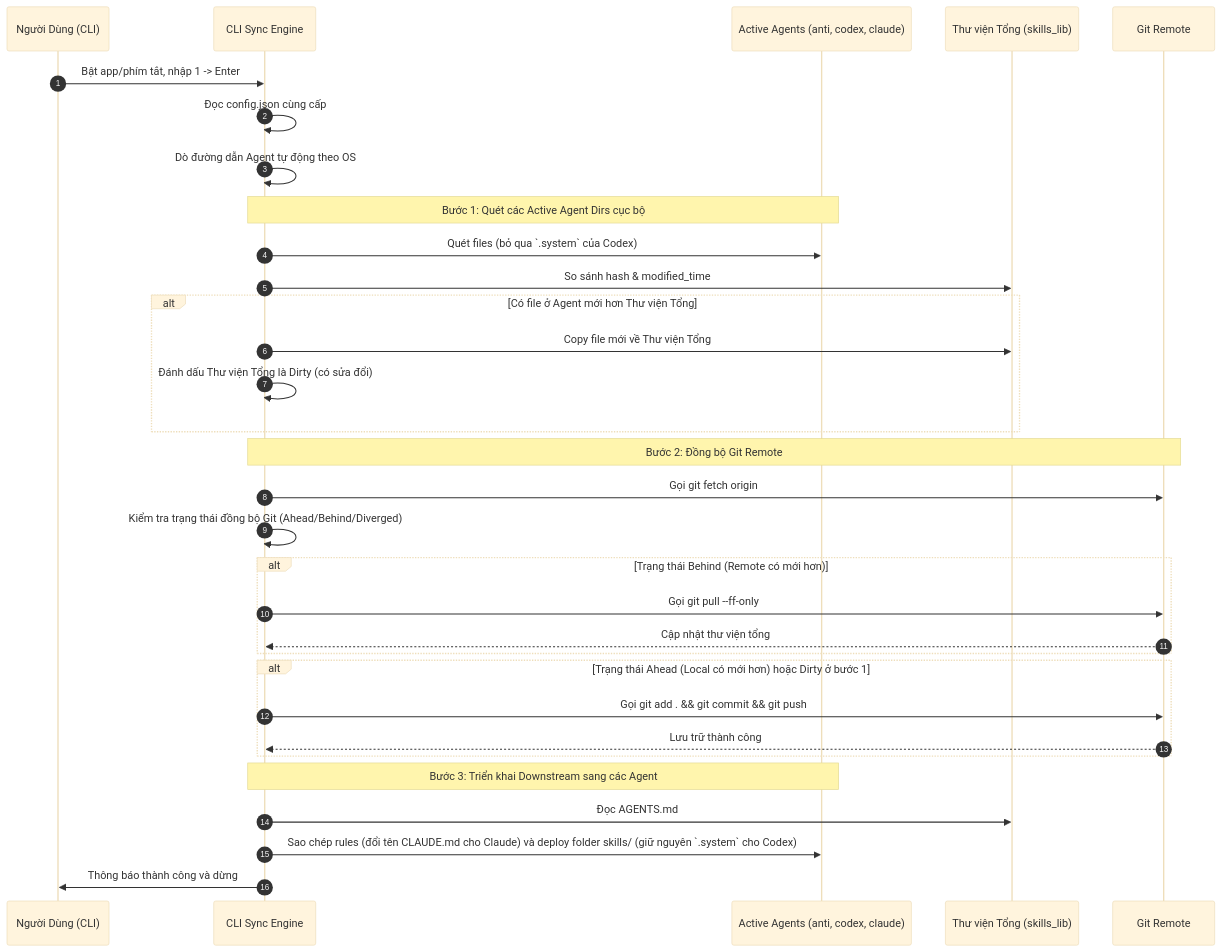
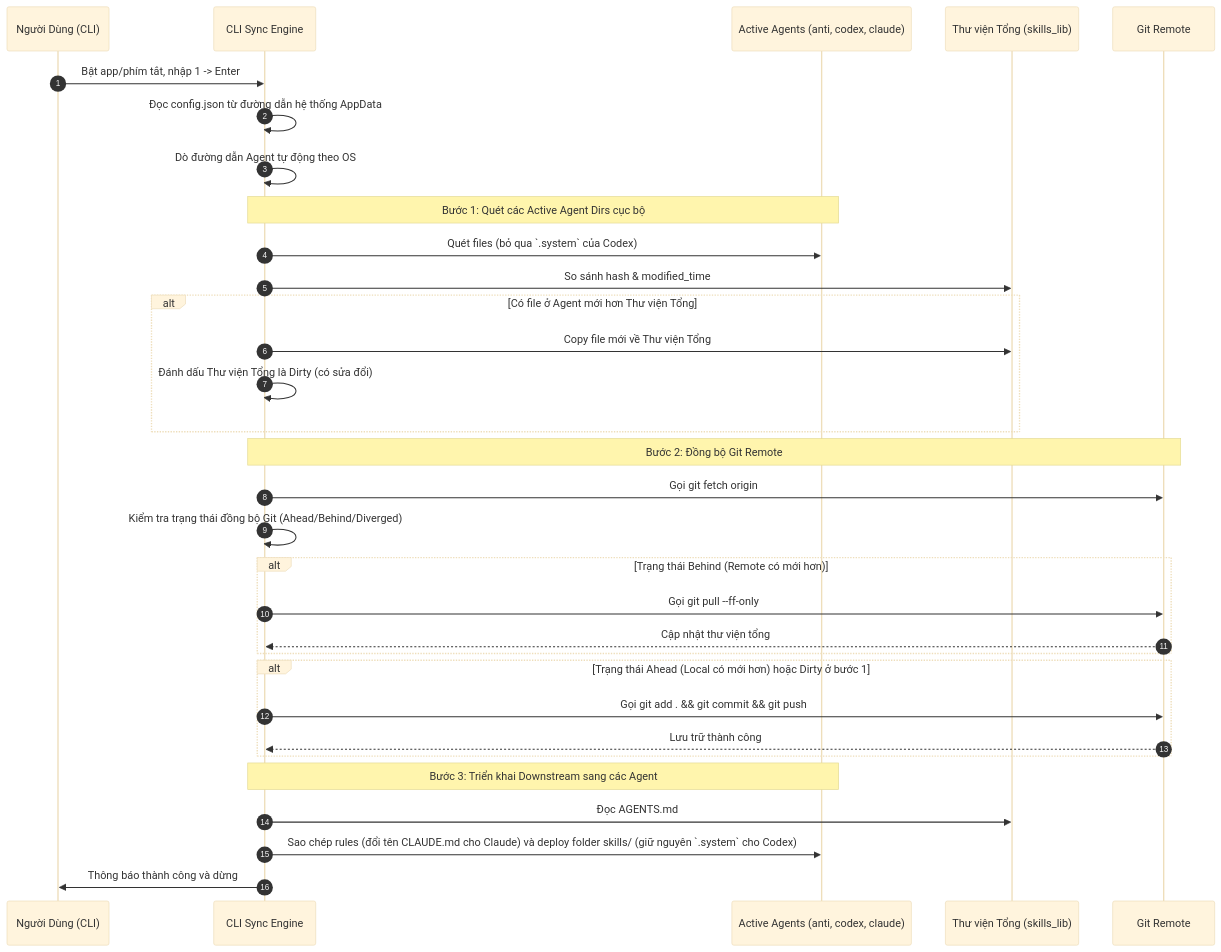
Before and after one commit to linhbv94/CLI_Skills_Sync: the second of 3 diagrams in docs/spec/02_feature_flow.md, drawn with Mermaid (base theme). The commit also changed other lines of this file and 6 other files, not shown here.

````diff
--- a/docs/spec/02_feature_flow.md
+++ b/docs/spec/02_feature_flow.md
@@ -74,42 +106,42 @@
 ```mermaid
 sequenceDiagram
     autonumber
     participant User as Người Dùng (CLI)
     participant Engine as CLI Sync Engine
     participant Agent as Active Agents (anti, codex, claude)
     participant Tong as Thư viện Tổng (skills_lib)
     participant Git as Git Remote
 
     User->>Engine: Bật app/phím tắt, nhập 1 -> Enter
-    Engine->>Engine: Đọc config.json cùng cấp
+    Engine->>Engine: Đọc config.json từ đường dẫn hệ thống AppData
     Engine->>Engine: Dò đường dẫn Agent tự động theo OS
     
     Note over Engine, Agent: Bước 1: Quét các Active Agent Dirs cục bộ
     Engine->>Agent: Quét files (bỏ qua `.system` của Codex)
     Engine->>Tong: So sánh hash & modified_time
     
     alt Có file ở Agent mới hơn Thư viện Tổng
         Engine->>Tong: Copy file mới về Thư viện Tổng
         Engine->>Engine: Đánh dấu Thư viện Tổng là Dirty (có sửa đổi)
     end
     
     Note over Engine, Git: Bước 2: Đồng bộ Git Remote
     Engine->>Git: Gọi git fetch origin
     Engine->>Engine: Kiểm tra trạng thái đồng bộ Git (Ahead/Behind/Diverged)
     
     alt Trạng thái Behind (Remote có mới hơn)
         Engine->>Git: Gọi git pull --ff-only
         Git-->>Engine: Cập nhật thư viện tổng
     end
     
     alt Trạng thái Ahead (Local có mới hơn) hoặc Dirty ở bước 1
         Engine->>Git: Gọi git add . && git commit && git push
         Git-->>Engine: Lưu trữ thành công
     end
     
     Note over Engine, Agent: Bước 3: Triển khai Downstream sang các Agent
     Engine->>Tong: Đọc AGENTS.md
     Engine->>Agent: Sao chép rules (đổi tên CLAUDE.md cho Claude) và deploy folder skills/ (giữ nguyên `.system` cho Codex)
     
     Engine->>User: Thông báo thành công và dừng
 ```
````
